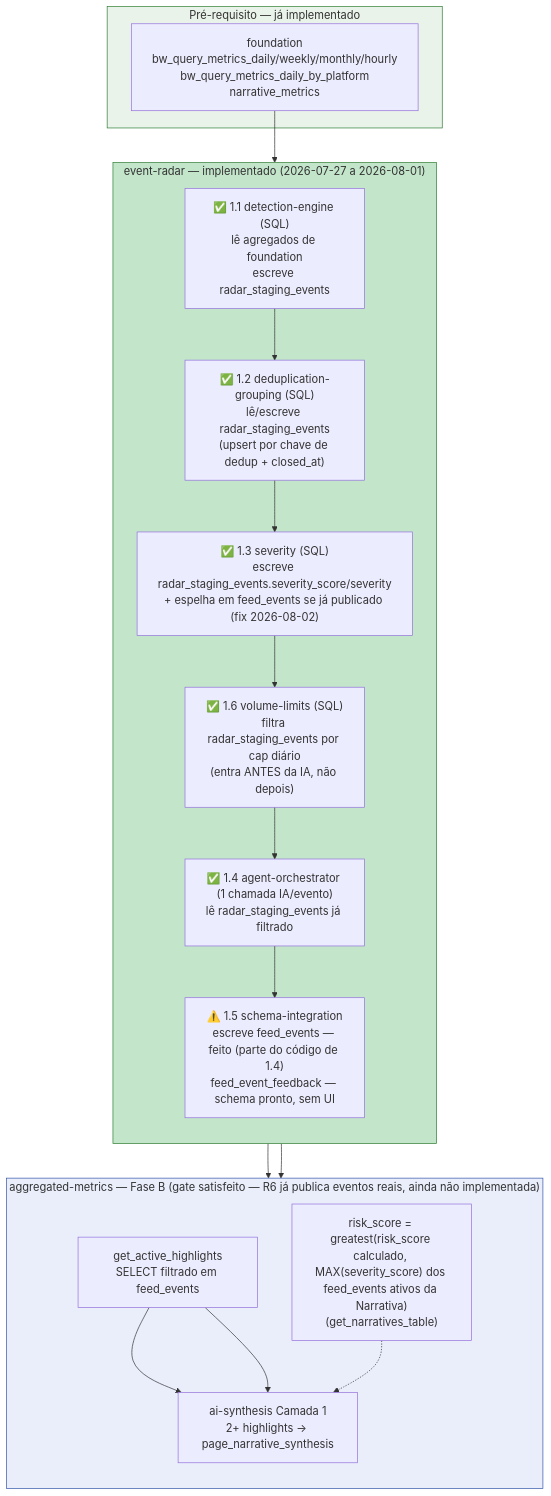
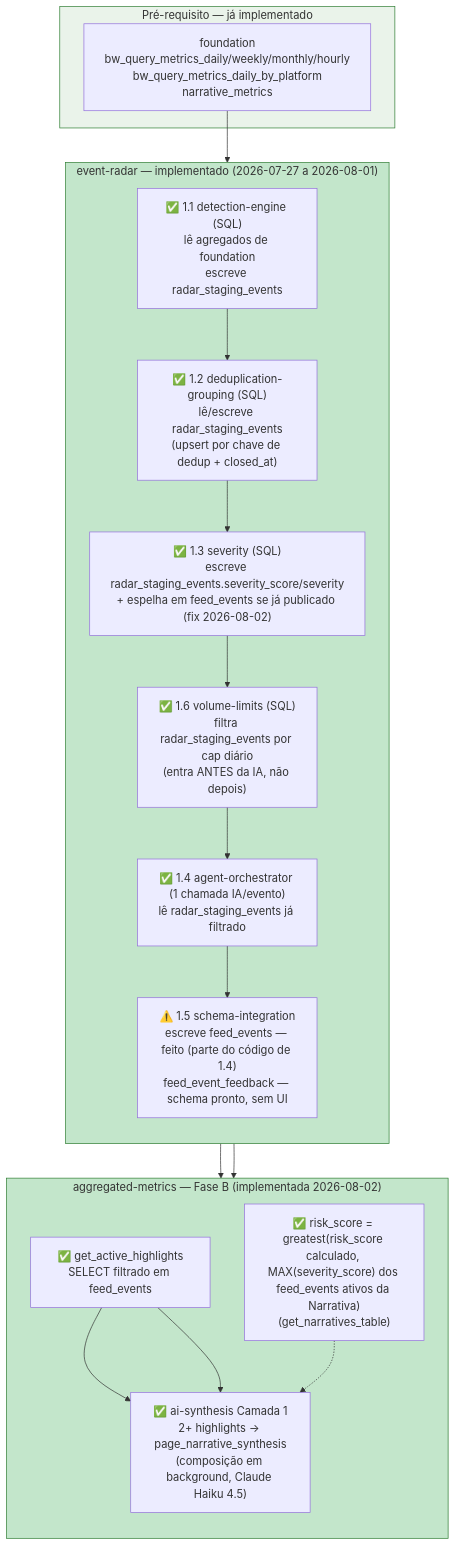
One commit to reputationcustom/dev-reputation changed the first of 3 diagrams in .dev/specs/event-radar/fluxo-aggregated-metrics.md. Above: the diagram before and after it, drawn with Mermaid. The commit also changed other lines of this file and 21 other files, not shown here.

````diff
--- a/.dev/specs/event-radar/fluxo-aggregated-metrics.md
+++ b/.dev/specs/event-radar/fluxo-aggregated-metrics.md
@@ -53,35 +64,35 @@
 ```mermaid
 flowchart TD
     subgraph PRE["Pré-requisito — já implementado"]
         FOUND["foundation<br/>bw_query_metrics_daily/weekly/monthly/hourly<br/>bw_query_metrics_daily_by_platform<br/>narrative_metrics"]
     end
 
     subgraph RADAR["event-radar — implementado (2026-07-27 a 2026-08-01)"]
         direction TB
         R1["✅ 1.1 detection-engine (SQL)<br/>lê agregados de foundation<br/>escreve radar_staging_events"]
         R2["✅ 1.2 deduplication-grouping (SQL)<br/>lê/escreve radar_staging_events<br/>(upsert por chave de dedup + closed_at)"]
         R3["✅ 1.3 severity (SQL)<br/>escreve radar_staging_events.severity_score/severity<br/>+ espelha em feed_events se já publicado (fix 2026-08-02)"]
         R4["✅ 1.6 volume-limits (SQL)<br/>filtra radar_staging_events por cap diário<br/>(entra ANTES da IA, não depois)"]
         R5["✅ 1.4 agent-orchestrator (1 chamada IA/evento)<br/>lê radar_staging_events já filtrado"]
         R6["⚠️ 1.5 schema-integration<br/>escreve feed_events — feito (parte do código de 1.4)<br/>feed_event_feedback — schema pronto, sem UI"]
         R1 --> R2 --> R3 --> R4 --> R5 --> R6
     end
 
-    subgraph AGG["aggregated-metrics — Fase B (gate satisfeito — R6 já publica eventos reais, ainda não implementada)"]
+    subgraph AGG["aggregated-metrics — Fase B (implementada 2026-08-02)"]
         direction TB
-        A1["get_active_highlights<br/>SELECT filtrado em feed_events"]
-        A2["risk_score = greatest(risk_score calculado, MAX(severity_score) dos feed_events ativos da Narrativa)<br/>(get_narratives_table)"]
-        A3["ai-synthesis Camada 1<br/>2+ highlights → page_narrative_synthesis"]
+        A1["✅ get_active_highlights<br/>SELECT filtrado em feed_events"]
+        A2["✅ risk_score = greatest(risk_score calculado, MAX(severity_score) dos feed_events ativos da Narrativa)<br/>(get_narratives_table)"]
+        A3["✅ ai-synthesis Camada 1<br/>2+ highlights → page_narrative_synthesis<br/>(composição em background, Claude Haiku 4.5)"]
         A1 --> A3
         A2 -.-> A3
     end
 
     FOUND --> R1
     R6 --> A1
     R6 --> A2
     A1 --> A3
 
     style PRE fill:#eaf3ea,stroke:#2e7d32
     style RADAR fill:#c3e6cb,stroke:#2e7d32
-    style AGG fill:#eaeefb,stroke:#3355aa
+    style AGG fill:#c3e6cb,stroke:#2e7d32
 ```
````
